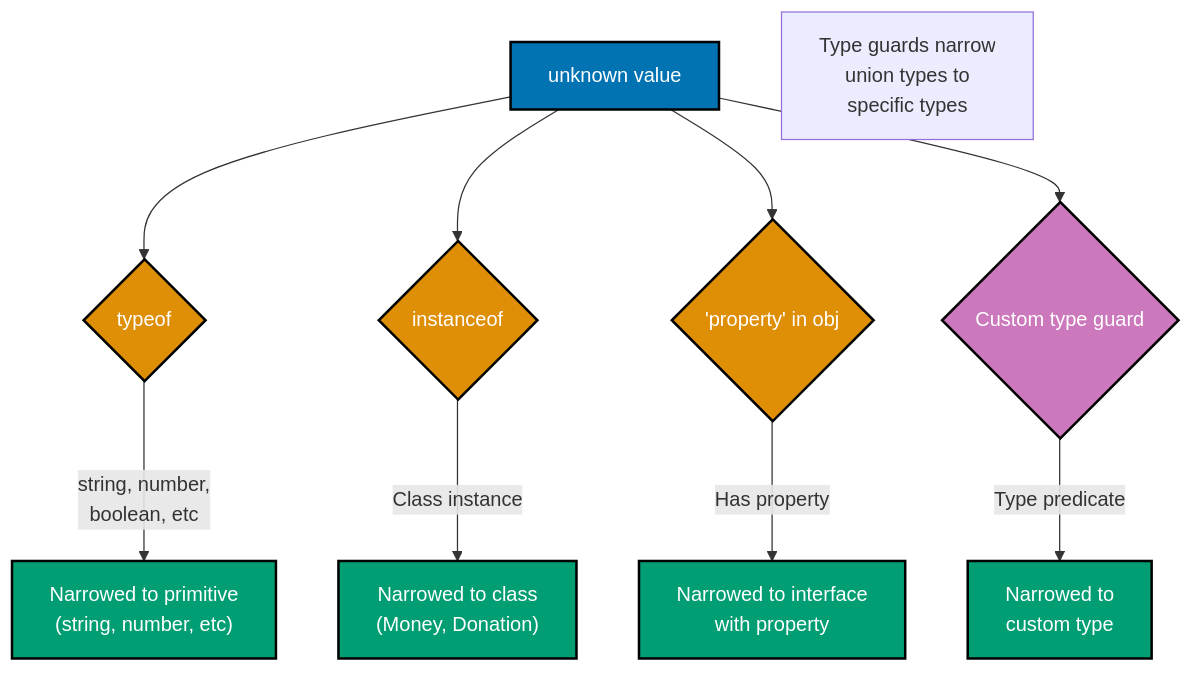
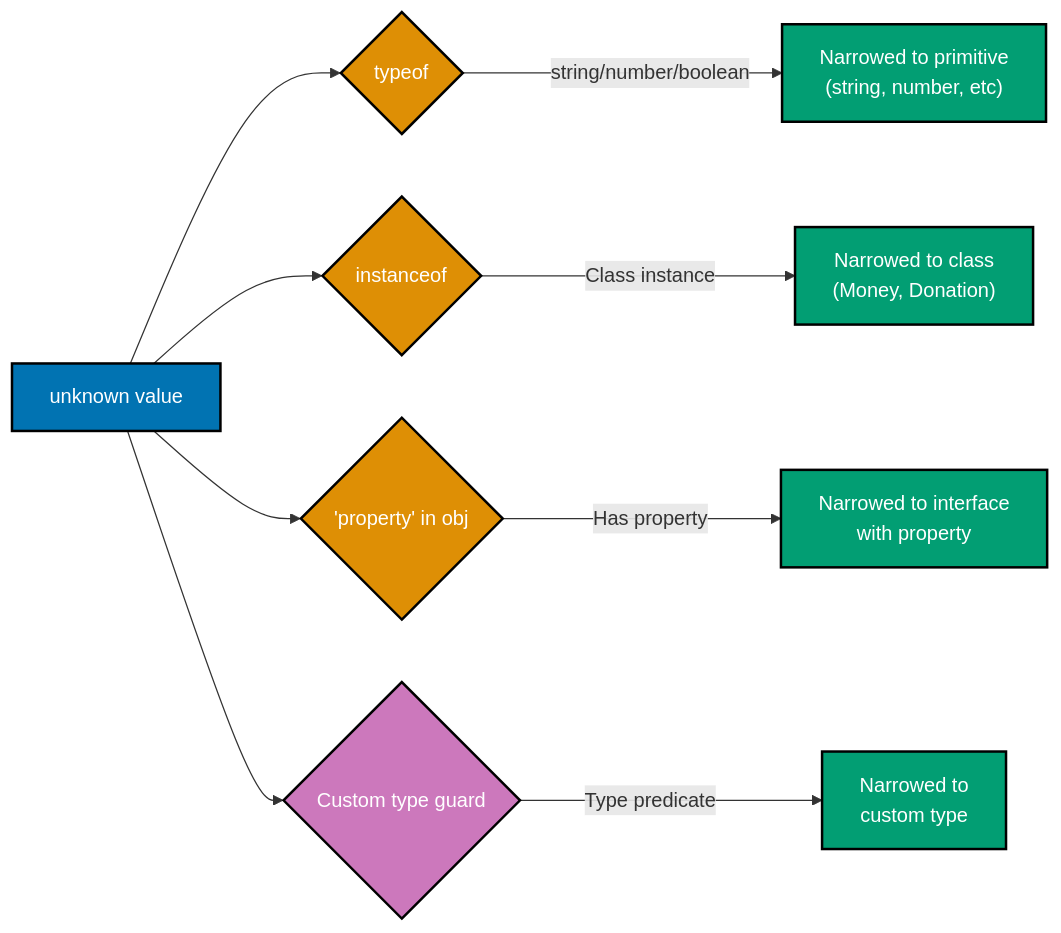
One commit to wahidyankf/ose-primer changed the first of 4 diagrams in docs/explanation/software-engineering/programming-languages/typescript/type-safety.md. Above: the diagram before and after it, drawn with Mermaid. The commit also changed other lines of this file and 16 other files, not shown here.

Commit message:
fix(docs): fix mermaid violations in typescript/ docs (batch 1/10)

````diff
--- a/docs/explanation/software-engineering/programming-languages/typescript/type-safety.md
+++ b/docs/explanation/software-engineering/programming-languages/typescript/type-safety.md
@@ -43,31 +43,29 @@
 ```mermaid
 %% Color Palette: Blue #0173B2, Orange #DE8F05, Teal #029E73, Purple #CC78BC, Brown #CA9161
-graph TD
+graph LR
     Unknown["unknown value"]:::blue
     TypeOf{"typeof"}:::orange
     InstanceOf{"instanceof"}:::orange
     In{"'property' in obj"}:::orange
     Custom{"Custom type guard"}:::purple
 
-    Narrowed1["Narrowed to primitive<br/>#40;string, number, etc#41;"]:::teal
-    Narrowed2["Narrowed to class<br/>#40;Money, Donation#41;"]:::teal
+    Narrowed1["Narrowed to primitive<br/>(string, number, etc)"]:::teal
+    Narrowed2["Narrowed to class<br/>(Money, Donation)"]:::teal
     Narrowed3["Narrowed to interface<br/>with property"]:::teal
     Narrowed4["Narrowed to<br/>custom type"]:::teal
 
     Unknown --> TypeOf
     Unknown --> InstanceOf
     Unknown --> In
     Unknown --> Custom
 
-    TypeOf -->|string, number,<br/>boolean, etc| Narrowed1
+    TypeOf -->|string/number/boolean| Narrowed1
     InstanceOf -->|Class instance| Narrowed2
     In -->|Has property| Narrowed3
     Custom -->|Type predicate| Narrowed4
-
-    Note1["Type guards narrow<br/>union types to<br/>specific types"]
 
     classDef blue fill:#0173B2,stroke:#000000,color:#FFFFFF,stroke-width:2px
     classDef orange fill:#DE8F05,stroke:#000000,color:#FFFFFF,stroke-width:2px
     classDef teal fill:#029E73,stroke:#000000,color:#FFFFFF,stroke-width:2px
     classDef purple fill:#CC78BC,stroke:#000000,color:#FFFFFF,stroke-width:2px
 ```
````
